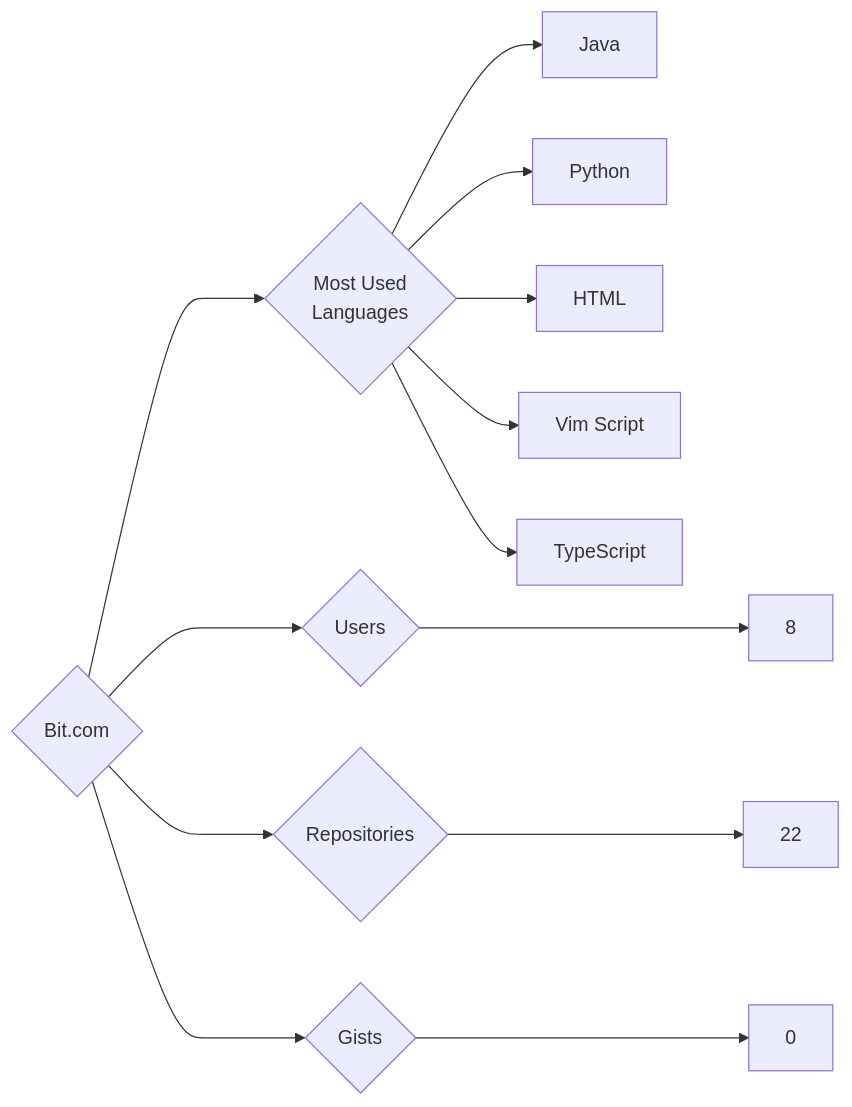
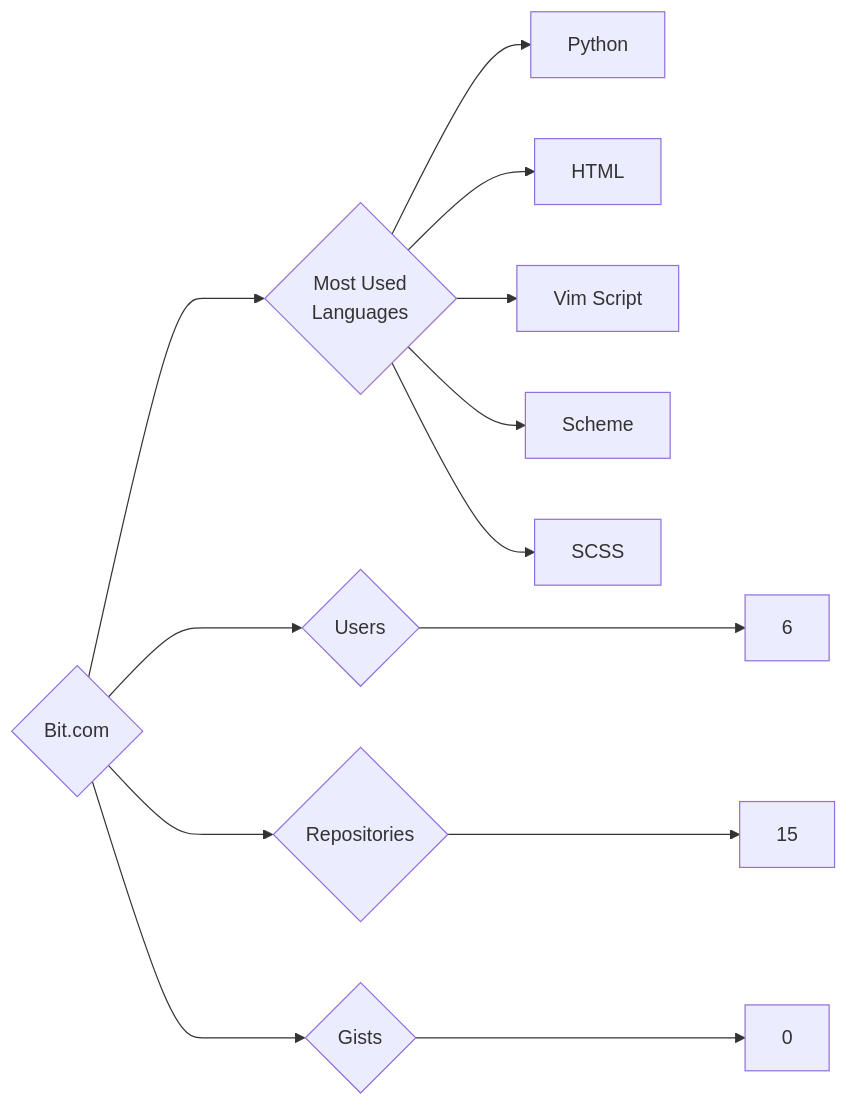
The diagram in targets/Bit.com/README.md (trickest/insiders), drawn with Mermaid before and after one commit. The commit also changed 1084 other files, not shown here.

````diff
--- a/targets/Bit.com/README.md
+++ b/targets/Bit.com/README.md
@@ -3,13 +3,13 @@
 ```mermaid
 graph LR
 COMPANY_NAME{Bit.com}
-COMPANY_NAME ---> U{Users} ---> UN[8]
-COMPANY_NAME ---> R{Repositories} ---> RN[22]
+COMPANY_NAME ---> U{Users} ---> UN[6]
+COMPANY_NAME ---> R{Repositories} ---> RN[15]
 COMPANY_NAME ---> G{Gists} ---> GN[0]
 COMPANY_NAME ---> ML{Most Used<br>Languages}
-ML --> Java[Java]
 ML --> Python[Python]
 ML --> HTML[HTML]
 ML --> Vim_Script[Vim Script]
-ML --> TypeScript[TypeScript]
+ML --> Scheme[Scheme]
+ML --> SCSS[SCSS]
 ```
````
